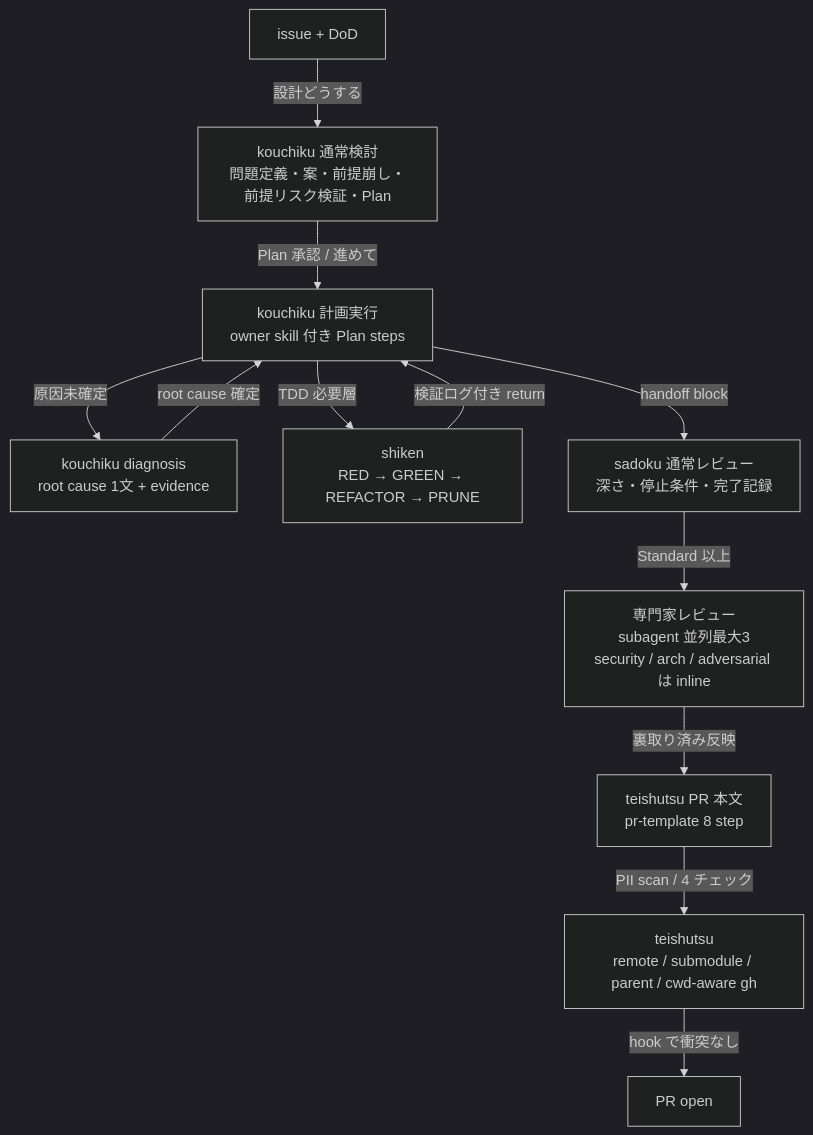
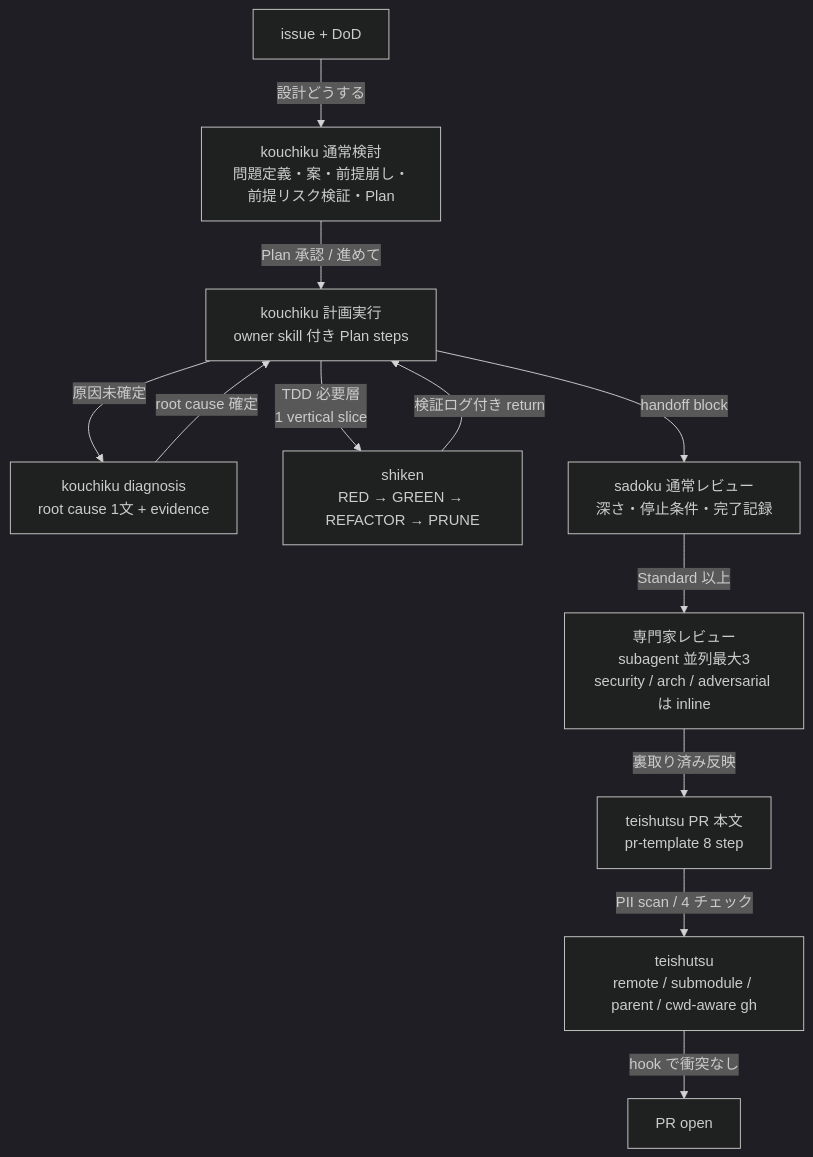
One commit to hayashiii-ghub/hikizan changed the second of 6 diagrams in docs/workflow.md. Above: the diagram before and after it, drawn with Mermaid (dark theme). The commit also changed other lines of this file and 4 other files, not shown here.

Commit message:
docs: add vertical TDD slice guidance

````diff
--- a/docs/workflow.md
+++ b/docs/workflow.md
@@ -62,14 +62,14 @@
 ```mermaid
 flowchart TB
   A["issue + DoD"] -->|"設計どうする"| B["kouchiku 通常検討<br/>問題定義・案・前提崩し・前提リスク検証・Plan"]
   B -->|"Plan 承認 / 進めて"| C["kouchiku 計画実行<br/>owner skill 付き Plan steps"]
   C -->|"原因未確定"| I["kouchiku diagnosis<br/>root cause 1文 + evidence"]
   I -->|"root cause 確定"| C
-  C -->|"TDD 必要層"| D["shiken<br/>RED → GREEN → REFACTOR → PRUNE"]
+  C -->|"TDD 必要層<br/>1 vertical slice"| D["shiken<br/>RED → GREEN → REFACTOR → PRUNE"]
   D -->|"検証ログ付き return"| C
   C -->|"handoff block"| E["sadoku 通常レビュー<br/>深さ・停止条件・完了記録"]
   E -->|"Standard 以上"| F["専門家レビュー<br/>subagent 並列最大3<br/>security / arch / adversarial は inline"]
   F -->|"裏取り済み反映"| G["teishutsu PR 本文<br/>pr-template 8 step"]
   G -->|"PII scan / 4 チェック"| H["teishutsu<br/>remote / submodule / parent / cwd-aware gh"]
   H -->|"hook で衝突なし"| J["PR open"]
 ```
````
